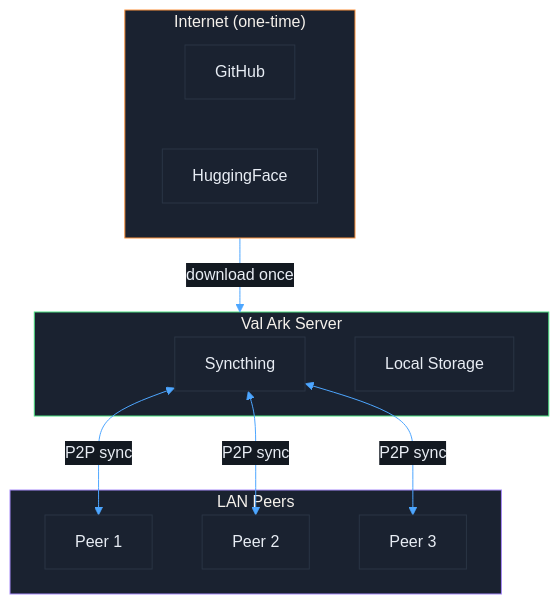
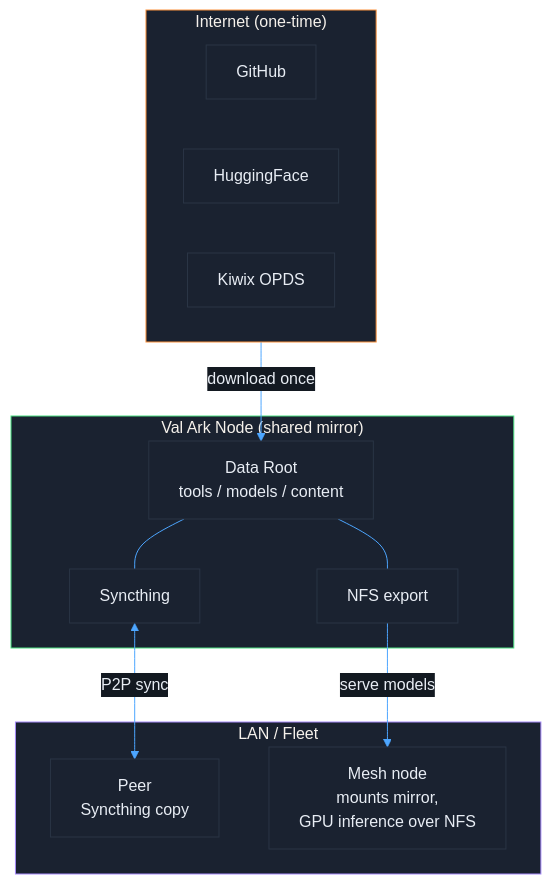
Before and after one commit to mvalancy/val-ark: the third of 3 diagrams in README.md, drawn with Mermaid. The commit also changed other lines of this file and 13 other files, not shown here.

````diff
--- a/README.md
+++ b/README.md
@@ -176,26 +195,31 @@
 ```mermaid
 %%{init: {'theme': 'base', 'themeVariables': {
   'primaryColor': '#1a2230',
   'primaryBorderColor': '#2a3545',
   'primaryTextColor': '#e8edf4',
   'lineColor': '#4da6ff',
   'secondaryColor': '#131921',
   'tertiaryColor': '#0a0e14'
 }}}%%
 graph TB
     subgraph Internet["Internet (one-time)"]
         style Internet fill:#1a2230,stroke:#fb923c
-        GH["GitHub"] & HF["HuggingFace"]
+        GH["GitHub"] & HF["HuggingFace"] & ZIM["Kiwix OPDS"]
     end
-    subgraph Server["Val Ark Server"]
+    subgraph Server["Val Ark Node (shared mirror)"]
         style Server fill:#1a2230,stroke:#4ade80
+        STORE["Data Root<br/>tools / models / content"]
         SYNC["Syncthing"]
-        STORE["Local Storage"]
+        NFS["NFS export"]
     end
-    subgraph Peers["LAN Peers"]
-        style Peers fill:#1a2230,stroke:#a78bfa
-        P1["Peer 1"] & P2["Peer 2"] & P3["Peer 3"]
+    subgraph LAN["LAN / Fleet"]
+        style LAN fill:#1a2230,stroke:#a78bfa
+        P1["Peer<br/>Syncthing copy"]
+        N1["Mesh node<br/>mounts mirror,<br/>GPU inference over NFS"]
     end
-    Internet -->|"download once"| Server
-    SYNC <-->|"P2P sync"| P1 & P2 & P3
+    Internet -->|"download once"| STORE
+    STORE --- SYNC
+    STORE --- NFS
+    SYNC <-->|"P2P sync"| P1
+    NFS -->|"serve models"| N1
 ```
````
